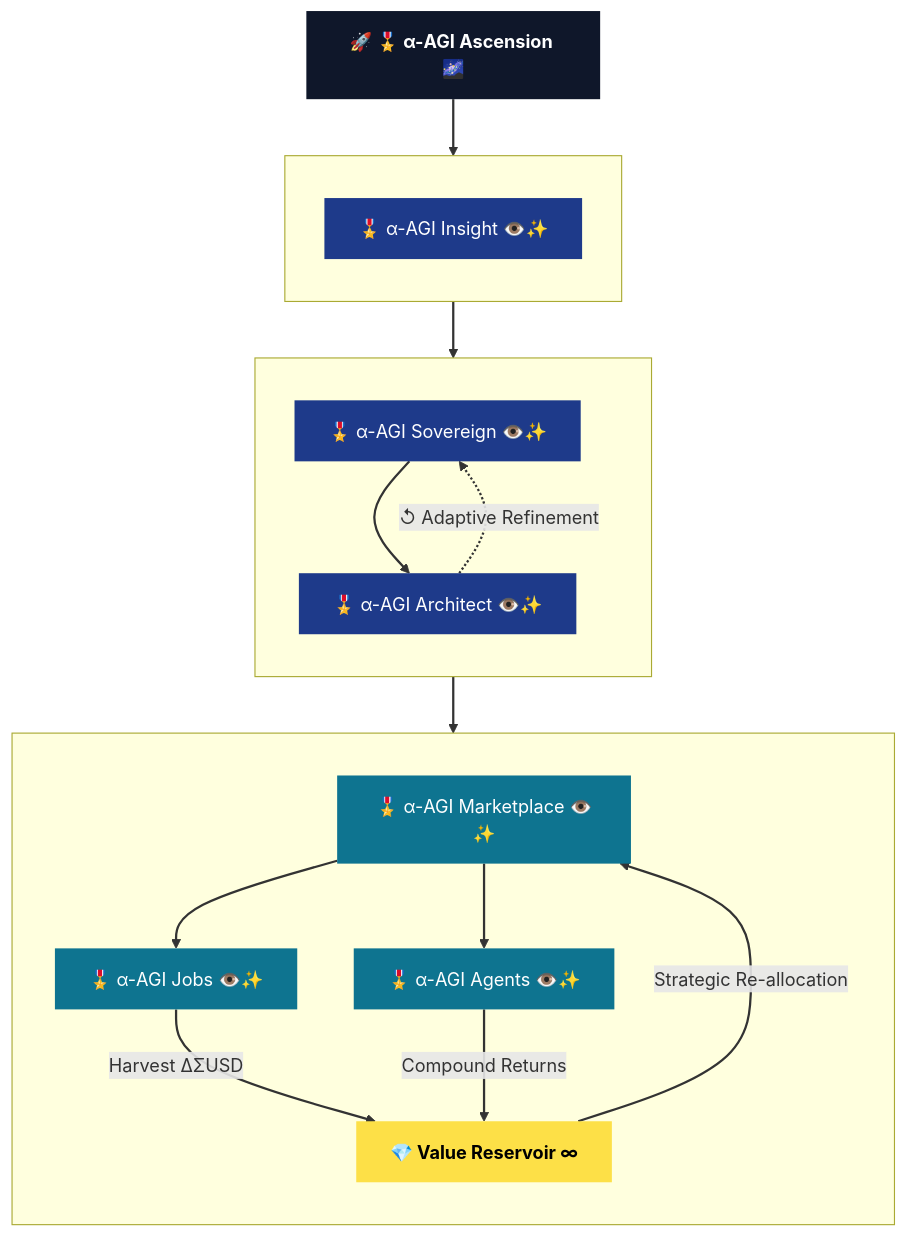
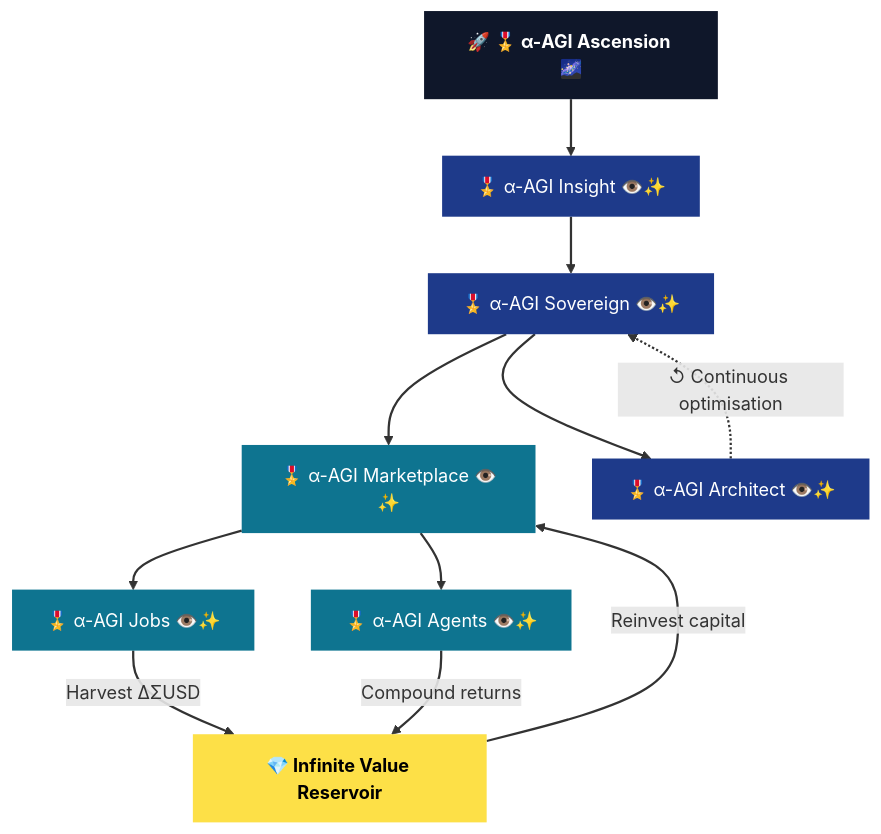
One commit to vishalbelsare/AGI-Alpha-Agent-v0 changed the fourth of 9 diagrams in README.md. Above: the diagram before and after it, drawn with Mermaid.

````diff
--- a/README.md
+++ b/README.md
@@ -153,54 +153,40 @@
 ```mermaid
 flowchart TD
-    %% ───────────────────────────  CORE ARC  ───────────────────────────
+    %% ───────────────────────────  CORE LAYERS  ───────────────────────────
     A[🚀 🎖️ α-AGI Ascension 🌌]
+    B[🎖️ α-AGI Insight 👁️✨]
+    C[🎖️ α-AGI Sovereign 👁️✨]
+    D[🎖️ α-AGI Marketplace 👁️✨]
+    E[🎖️ α-AGI Jobs 👁️✨]
+    F[🎖️ α-AGI Agents 👁️✨]
+    G[🎖️ α-AGI Architect 👁️✨]
+    V[💎 Infinite Value Reservoir]
 
-    %% Layer 0 — Insight
-    subgraph L0[" "]
-        direction TB
-        B[🎖️ α-AGI Insight 👁️✨]
-    end
-
-    %% Layer 1 — Sovereign Engine
-    subgraph L1[" "]
-        direction TB
-        C[🎖️ α-AGI Sovereign 👁️✨]
-        G[🎖️ α-AGI Architect 👁️✨]
-    end
-
-    %% Layer 2 — Decentralised Value Fabric
-    subgraph L2[" "]
-        direction TB
-        D[🎖️ α-AGI Marketplace 👁️✨]
-        E[🎖️ α-AGI Jobs 👁️✨]
-        F[🎖️ α-AGI Agents 👁️✨]
-        V[💎 Value Reservoir ∞]
-    end
-
-    %% ───────────────────────────  PRIMARY FLOW  ───────────────────────────
+    %% ───────────────────────────  PRIMARY FLOWS  ─────────────────────────
     A --> B
     B --> C
     C --> D
     D --> E
     D --> F
     C --> G
-    G -.↺ Adaptive Refinement .-> C
+    G -.↺ Continuous optimisation .-> C
 
-    %% ─────────────────────  WEALTH COMPOUNDING LOOP  ─────────────────────
+    %% ───────────────────────  WEALTH FEEDBACK LOOPS  ─────────────────────
     E -- Harvest ΔΣUSD --> V
-    F -- Compound Returns --> V
-    V -- Strategic Re-allocation --> D
+    F -- Compound returns --> V
+    V -- Reinvest capital --> D
 
     %% ──────────────────────────────  STYLE  ──────────────────────────────
-    classDef ascension fill:#0f172a,color:#fff,font-weight:bold,stroke-width:0px
-    classDef engine    fill:#1e3a8a,color:#fff,stroke-width:0px
-    classDef fabric    fill:#0e7490,color:#fff,stroke-width:0px
-    classDef value     fill:#fde047,color:#000,font-weight:bold,stroke-width:0px
+    classDef asc     fill:#0f172a,color:#ffffff,font-weight:bold,stroke-width:0px
+    classDef insight fill:#1e3a8a,color:#ffffff,stroke-width:0px
+    classDef market  fill:#0e7490,color:#ffffff,stroke-width:0px
+    classDef value   fill:#fde047,color:#000000,font-weight:bold,stroke-width:0px
 
-    class A ascension
-    class B,C,G engine
-    class D,E,F fabric
+    class A asc
+    class B insight
+    class C,G insight
+    class D,E,F market
     class V value
 
     linkStyle default stroke-width:2px
 ```
````
